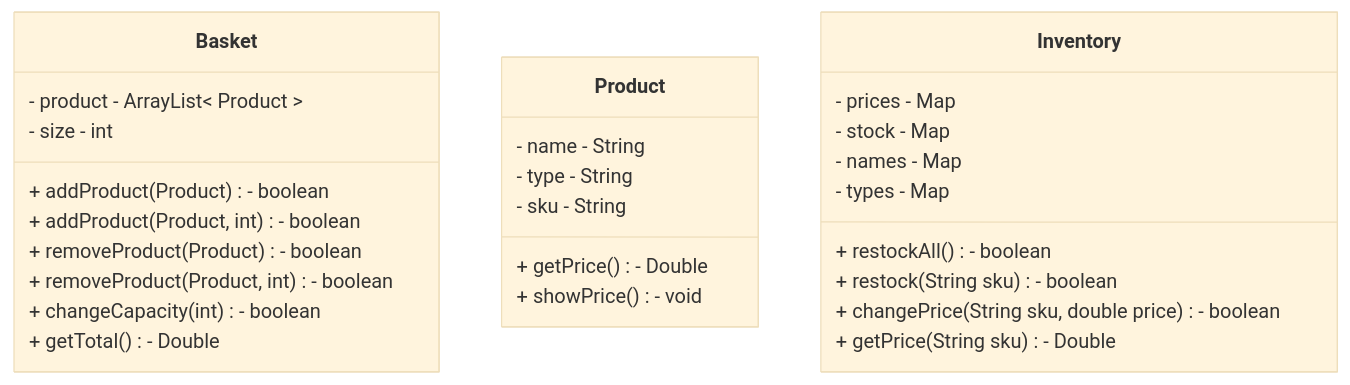
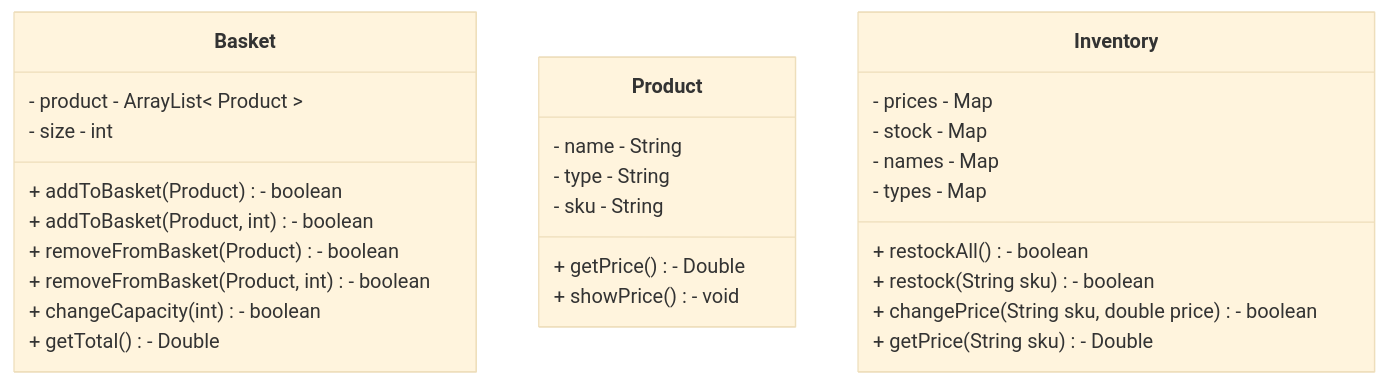
One commit to nora-hansen/java-tdd-oop-bobs-bagels changed the diagram in class-diagram.md. Above: the diagram before and after it, drawn with Mermaid (base theme).

Commit message:
Updated class diagram

`````diff
--- a/class-diagram.md
+++ b/class-diagram.md
@@ -1,25 +1,25 @@
 ````mermaid
 classDiagram
     Basket : - product - ArrayList< Product >
     Basket : - size - int
-    Basket : + addProduct(Product) - boolean
-    Basket : + addProduct(Product, int) - boolean
-    Basket : + removeProduct(Product) - boolean
-    Basket : + removeProduct(Product, int) - boolean
+    Basket : + addToBasket(Product) - boolean
+    Basket : + addToBasket(Product, int) - boolean
+    Basket : + removeFromBasket(Product) - boolean
+    Basket : + removeFromBasket(Product, int) - boolean
     Basket : + changeCapacity(int) - boolean
     Basket : + getTotal() - Double
     Product : - name - String
     Product : - type - String
     Product : - sku - String
     Product : + getPrice() - Double
     Product : + showPrice() - void
     Inventory : - prices - Map
     Inventory : - stock - Map
     Inventory : - names - Map
     Inventory : - types - Map
     Inventory : + restockAll() - boolean
     Inventory : + restock(String sku) - boolean
     Inventory : + changePrice(String sku, double price) - boolean
     Inventory : + getPrice(String sku) - Double
 
 ````
`````
